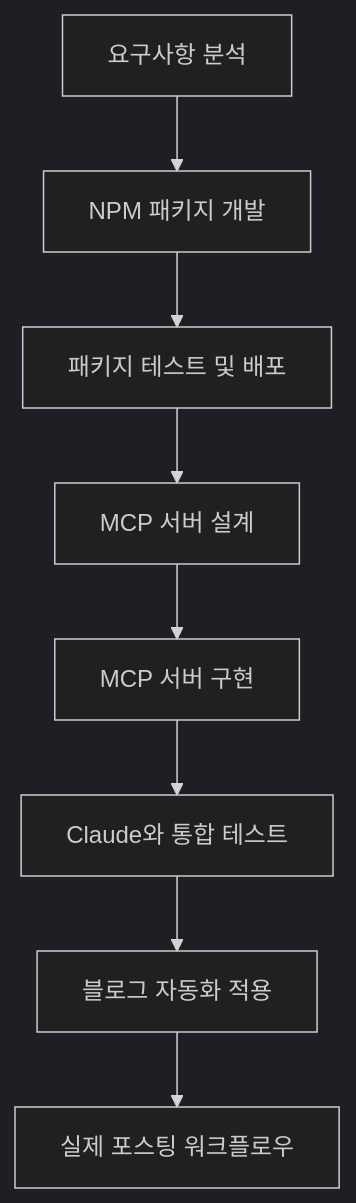
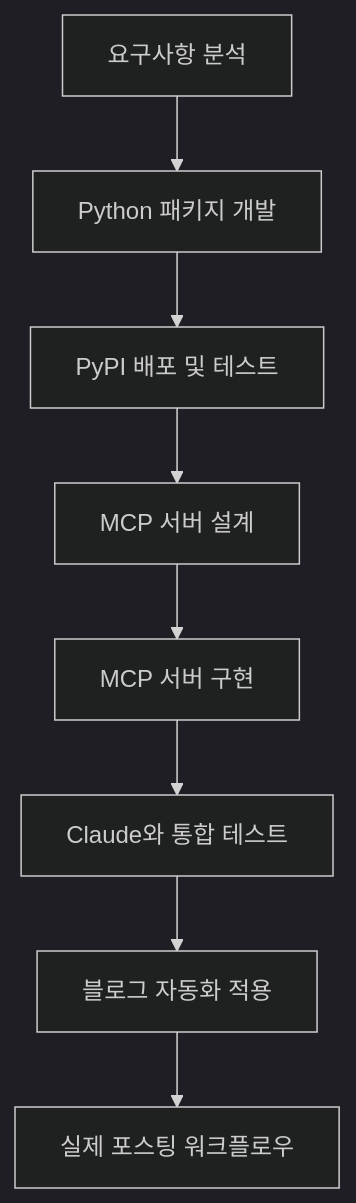
Before and after one commit to realcoding2003/realcoding.github.io: the first of 5 diagrams in _posts/2025-06-07-vertex-ai-imagen-mcp-blog-automation.md, drawn with Mermaid (dark theme). The commit also changed other lines of this file, not shown here.

First line of the commit message:
Vertex AI Imagen 문서 업데이트 및 Python 패키지로 전환

````diff
--- a/_posts/2025-06-07-vertex-ai-imagen-mcp-blog-automation.md
+++ b/_posts/2025-06-07-vertex-ai-imagen-mcp-blog-automation.md
@@ -41,10 +44,10 @@
 ```mermaid
 flowchart TD
-    A[요구사항 분석] --> B[NPM 패키지 개발]
-    B --> C[패키지 테스트 및 배포]
+    A[요구사항 분석] --> B[Python 패키지 개발]
+    B --> C[PyPI 배포 및 테스트]
     C --> D[MCP 서버 설계]
     D --> E[MCP 서버 구현]
     E --> F[Claude와 통합 테스트]
     F --> G[블로그 자동화 적용]
     G --> H[실제 포스팅 워크플로우]
 ```
````
